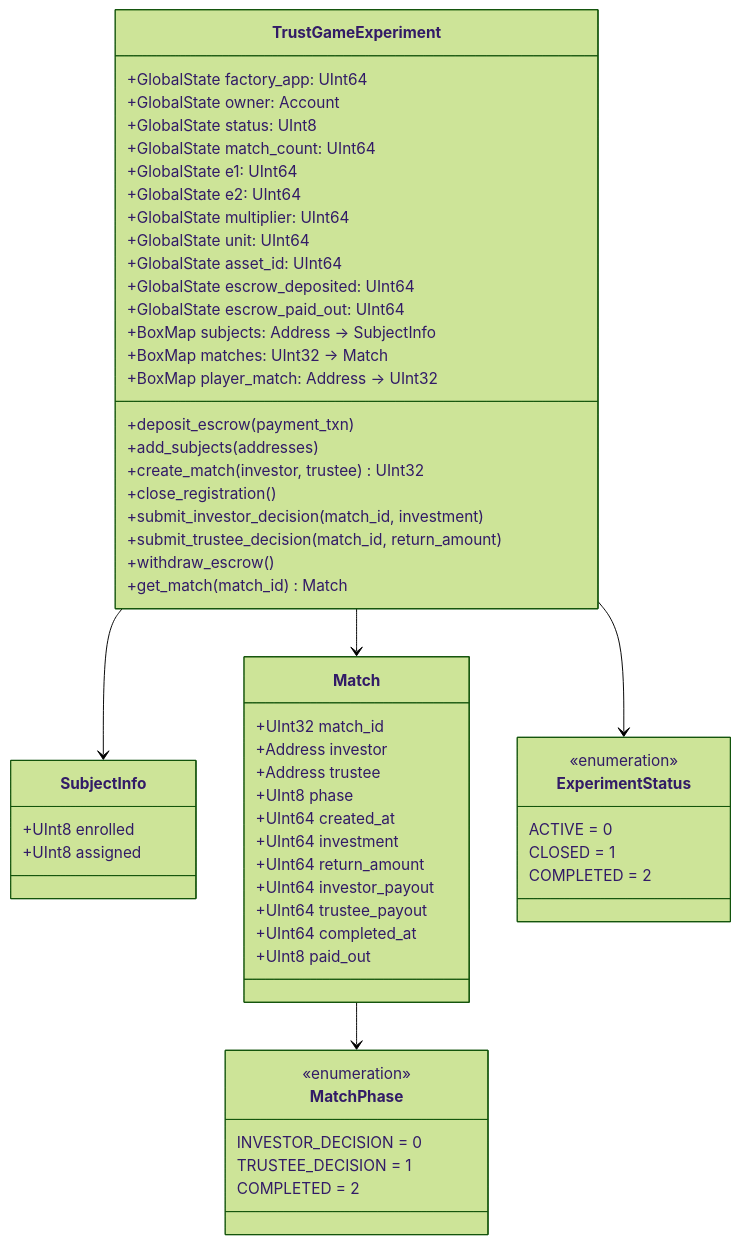
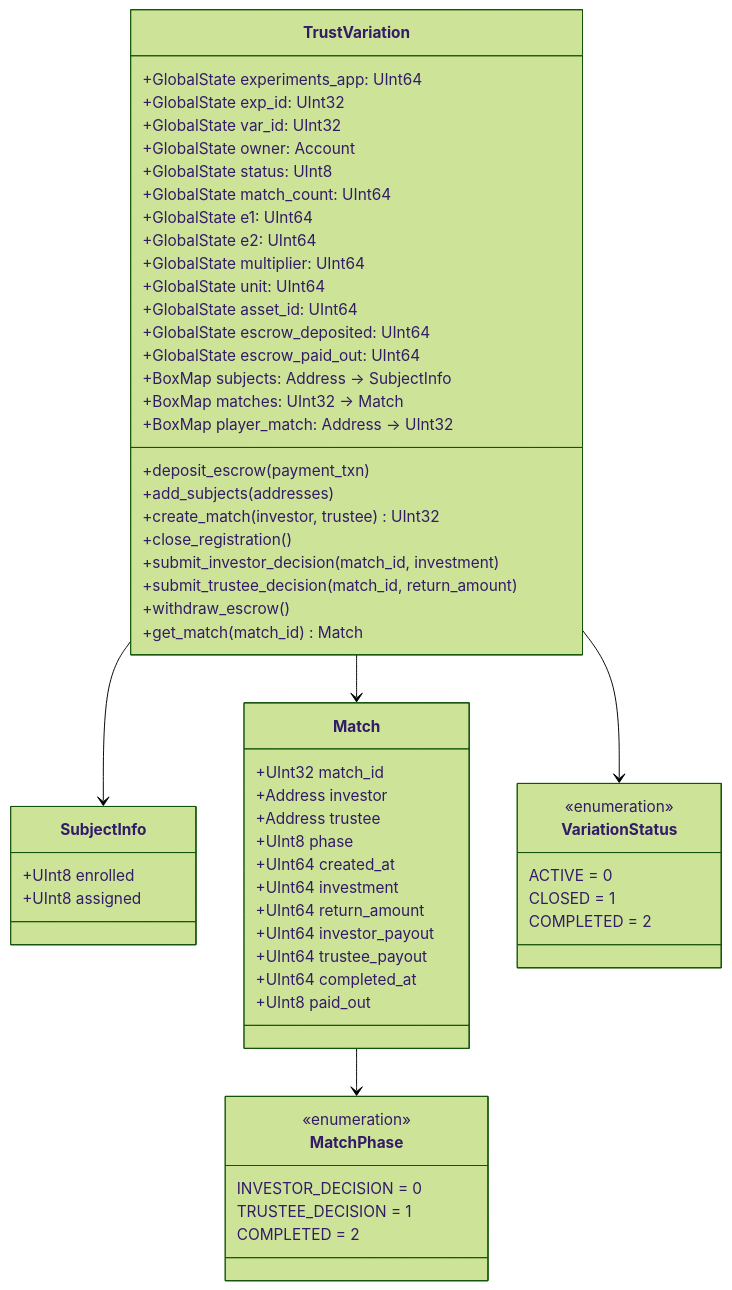
The fourth of 10 diagrams in docs/smart-contract-architecture.md (Open-Science-Blockchain-Economics/bx-hive), drawn with Mermaid (forest theme) before and after one commit. The commit also changed other lines of this file, not shown here.

````diff
--- a/docs/smart-contract-architecture.md
+++ b/docs/smart-contract-architecture.md
@@ -197,65 +189,67 @@
 ```mermaid
 classDiagram
-    class TrustGameExperiment {
-        +GlobalState factory_app: UInt64
+    class TrustVariation {
+        +GlobalState experiments_app: UInt64
+        +GlobalState exp_id: UInt32
+        +GlobalState var_id: UInt32
         +GlobalState owner: Account
         +GlobalState status: UInt8
         +GlobalState match_count: UInt64
         +GlobalState e1: UInt64
         +GlobalState e2: UInt64
         +GlobalState multiplier: UInt64
         +GlobalState unit: UInt64
         +GlobalState asset_id: UInt64
         +GlobalState escrow_deposited: UInt64
         +GlobalState escrow_paid_out: UInt64
         +BoxMap subjects: Address → SubjectInfo
         +BoxMap matches: UInt32 → Match
         +BoxMap player_match: Address → UInt32
         +deposit_escrow(payment_txn)
         +add_subjects(addresses)
         +create_match(investor, trustee) UInt32
         +close_registration()
         +submit_investor_decision(match_id, investment)
         +submit_trustee_decision(match_id, return_amount)
         +withdraw_escrow()
         +get_match(match_id) Match
     }
 
     class SubjectInfo {
         +UInt8 enrolled
         +UInt8 assigned
     }
 
     class Match {
         +UInt32 match_id
         +Address investor
         +Address trustee
         +UInt8 phase
         +UInt64 created_at
         +UInt64 investment
         +UInt64 return_amount
         +UInt64 investor_payout
         +UInt64 trustee_payout
         +UInt64 completed_at
         +UInt8 paid_out
     }
 
-    class ExperimentStatus {
+    class VariationStatus {
         <<enumeration>>
         ACTIVE = 0
         CLOSED = 1
         COMPLETED = 2
     }
 
     class MatchPhase {
         <<enumeration>>
         INVESTOR_DECISION = 0
         TRUSTEE_DECISION = 1
         COMPLETED = 2
     }
 
-    TrustGameExperiment --> SubjectInfo
-    TrustGameExperiment --> Match
-    TrustGameExperiment --> ExperimentStatus
+    TrustVariation --> SubjectInfo
+    TrustVariation --> Match
+    TrustVariation --> VariationStatus
     Match --> MatchPhase
 ```
````
